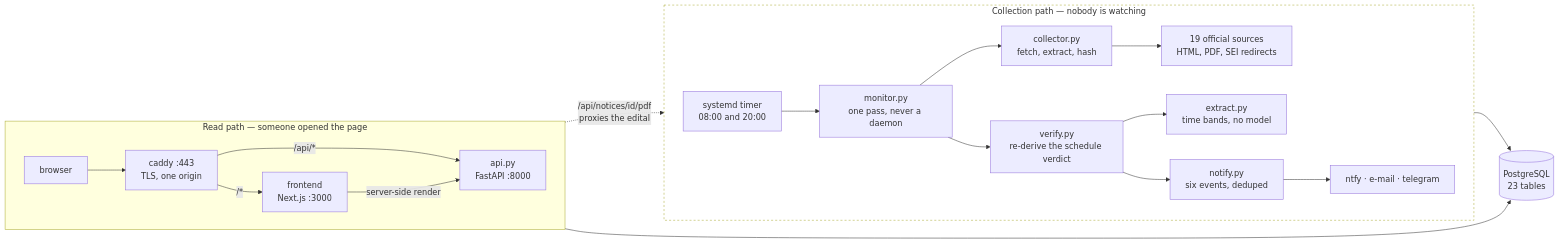
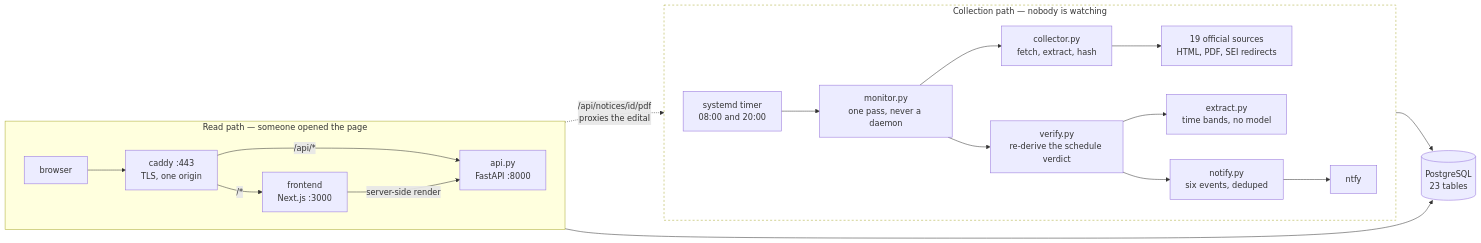
Before and after one commit to v1cferr/grad-radar: the first of 3 diagrams in README.md, drawn with Mermaid. The commit also changed other lines of this file and 5 other files, not shown here.

````diff
--- a/README.md
+++ b/README.md
@@ -100,27 +100,27 @@
 ```mermaid
 flowchart LR
     subgraph read["Read path — someone opened the page"]
         direction LR
         B["browser"] --> C["caddy :443<br/>TLS, one origin"]
         C -->|"/*"| N["frontend<br/>Next.js :3000"]
         C -->|"/api/*"| A["api.py<br/>FastAPI :8000"]
         N -->|"server-side render"| A
     end
 
     subgraph collect["Collection path — nobody is watching"]
         direction LR
         T["systemd timer<br/>08:00 and 20:00"] --> M["monitor.py<br/>one pass, never a daemon"]
         M --> CO["collector.py<br/>fetch, extract, hash"]
         CO --> EXT["19 official sources<br/>HTML, PDF, SEI redirects"]
         M --> V["verify.py<br/>re-derive the schedule verdict"]
         V --> X["extract.py<br/>time bands, no model"]
         V --> NT["notify.py<br/>six events, deduped"]
-        NT --> CH["ntfy · e-mail · telegram"]
+        NT --> CH["ntfy"]
     end
 
     A --> DB[("PostgreSQL<br/>23 tables")]
     M --> DB
     A -.->|"/api/notices/id/pdf<br/>proxies the edital"| EXT
 
     style collect fill:transparent,stroke-dasharray: 4 4
 ```
````
